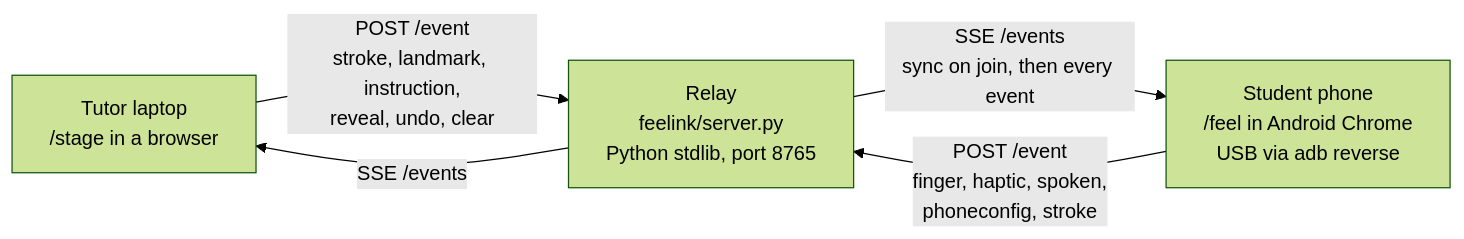
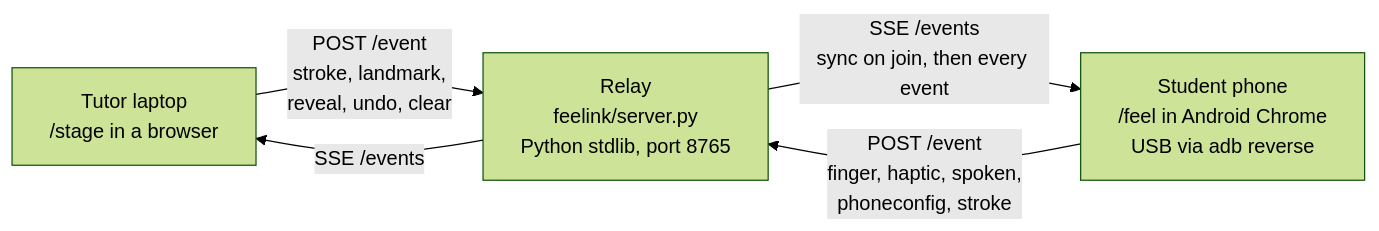
The diagram in README.md (reeve25/capital-hacks-5), drawn with Mermaid (forest theme) before and after one commit. The commit also changed other lines of this file and 3 other files, not shown here.

````diff
--- a/README.md
+++ b/README.md
@@ -36,10 +37,10 @@
 ```mermaid
 flowchart LR
     stage["Tutor laptop<br/>/stage in a browser"]
     relay["Relay<br/>feelink/server.py<br/>Python stdlib, port 8765"]
     phone["Student phone<br/>/feel in Android Chrome<br/>USB via adb reverse"]
-    stage -->|"POST /event<br/>stroke, landmark, instruction,<br/>reveal, undo, clear"| relay
+    stage -->|"POST /event<br/>stroke, landmark,<br/>reveal, undo, clear"| relay
     relay -->|"SSE /events<br/>sync on join, then every event"| phone
     phone -->|"POST /event<br/>finger, haptic, spoken,<br/>phoneconfig, stroke"| relay
     relay -->|"SSE /events"| stage
 ```
````
